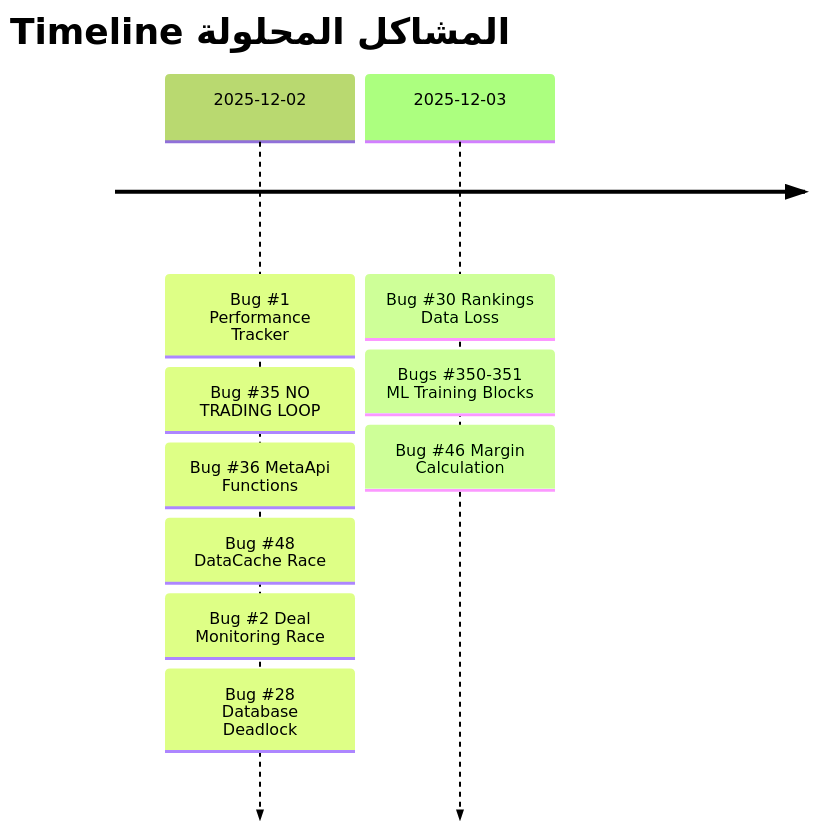
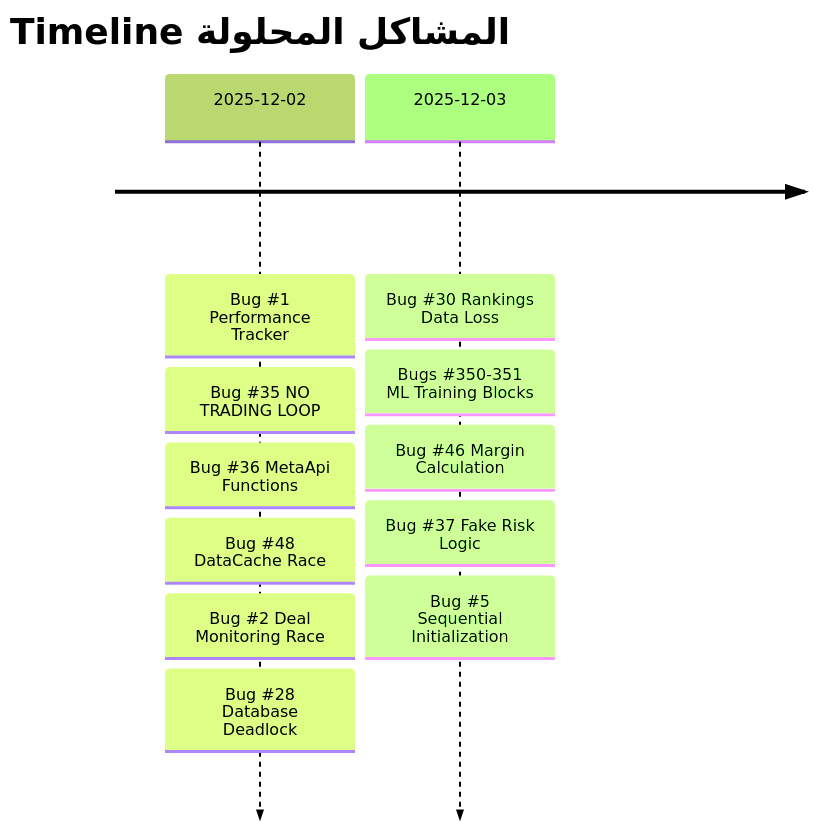
One commit to olevar2/Auj6 changed the first of 4 diagrams in docs/reports/COMPLETE_BUG_VERIFICATION_REPORT_NEW.md. Above: the diagram before and after it, drawn with Mermaid (forest theme). The commit also changed other lines of this file and 25 other files, not shown here.

````diff
--- a/docs/reports/COMPLETE_BUG_VERIFICATION_REPORT_NEW.md
+++ b/docs/reports/COMPLETE_BUG_VERIFICATION_REPORT_NEW.md
@@ -66,13 +20,15 @@
 ```mermaid
 timeline
     title Timeline المشاكل المحلولة
     2025-12-02 : Bug #1 Performance Tracker
                : Bug #35 NO TRADING LOOP
                : Bug #36 MetaApi Functions
                : Bug #48 DataCache Race
                : Bug #2 Deal Monitoring Race
                : Bug #28 Database Deadlock
     2025-12-03 : Bug #30 Rankings Data Loss
                : Bugs #350-351 ML Training Blocks
                : Bug #46 Margin Calculation
+               : Bug #37 Fake Risk Logic
+               : Bug #5 Sequential Initialization
 ```
````
